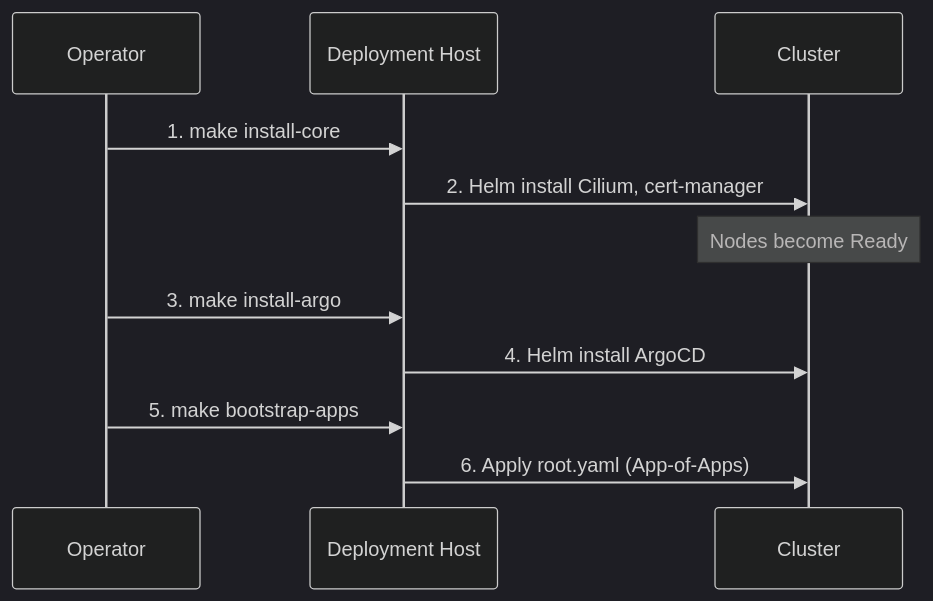
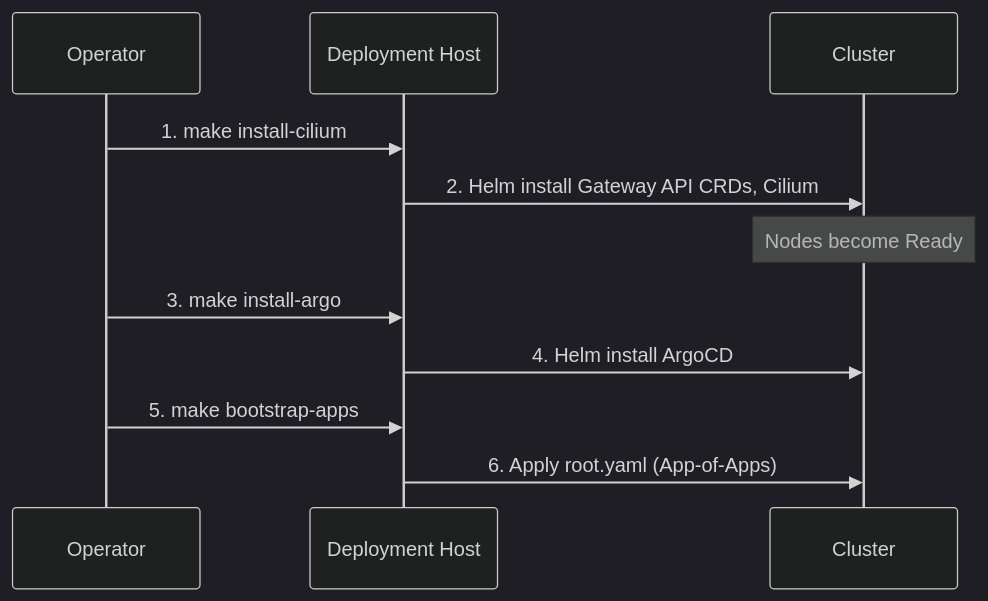
The third of 3 diagrams in docs/architecture/boot-process.md (JanWelker/homelab), drawn with Mermaid (dark theme) before and after one commit. The commit also changed other lines of this file and 12 other files, not shown here.

````diff
--- a/docs/architecture/boot-process.md
+++ b/docs/architecture/boot-process.md
@@ -223,14 +224,14 @@
 ```mermaid
 sequenceDiagram
     participant Admin as Operator
     participant Deploy as Deployment Host
     participant Cluster
 
-    Admin->>Deploy: 1. make install-core
-    Deploy->>Cluster: 2. Helm install Cilium, cert-manager
+    Admin->>Deploy: 1. make install-cilium
+    Deploy->>Cluster: 2. Helm install Gateway API CRDs, Cilium
     Note over Cluster: Nodes become Ready
     Admin->>Deploy: 3. make install-argo
     Deploy->>Cluster: 4. Helm install ArgoCD
     Admin->>Deploy: 5. make bootstrap-apps
     Deploy->>Cluster: 6. Apply root.yaml (App-of-Apps)
 ```
````
